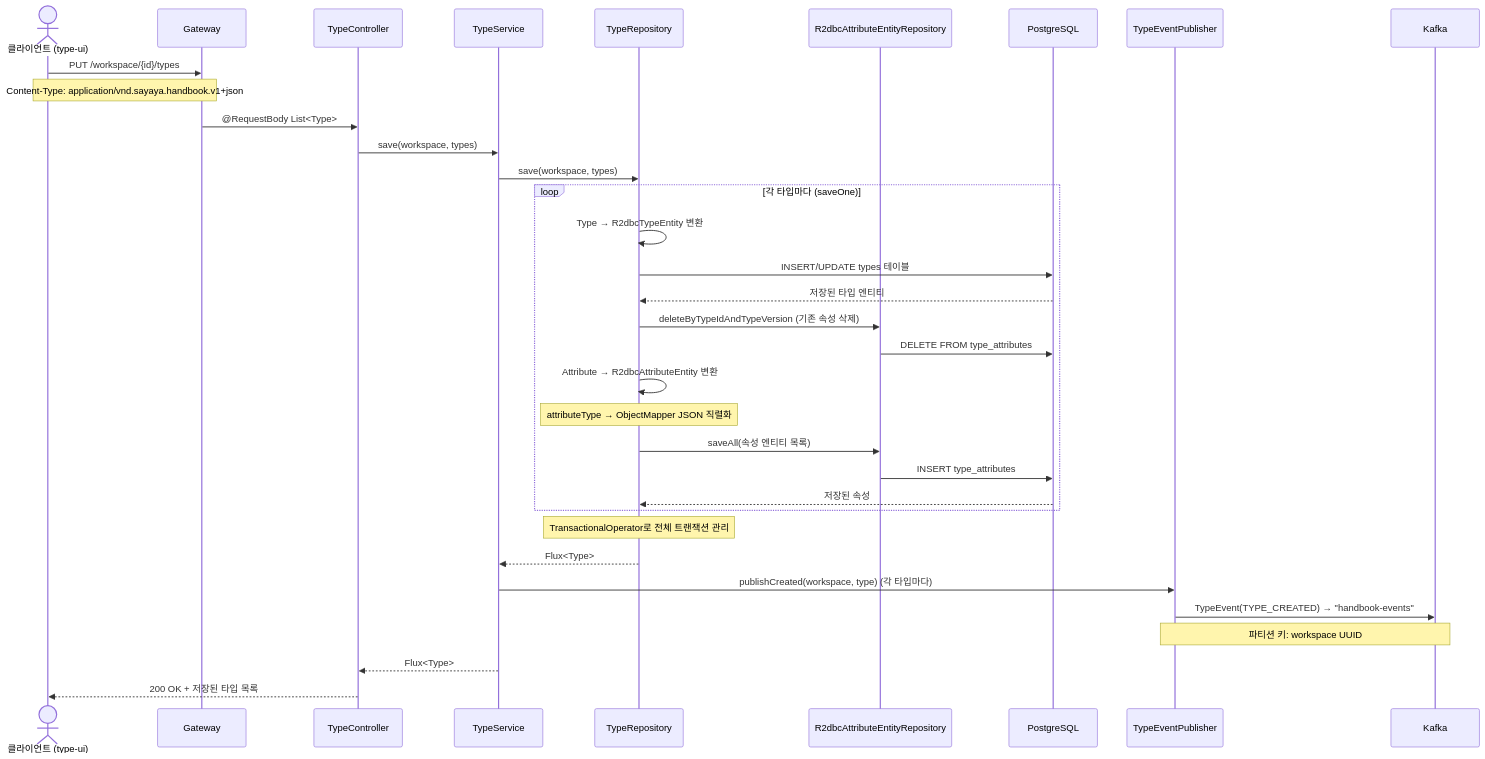
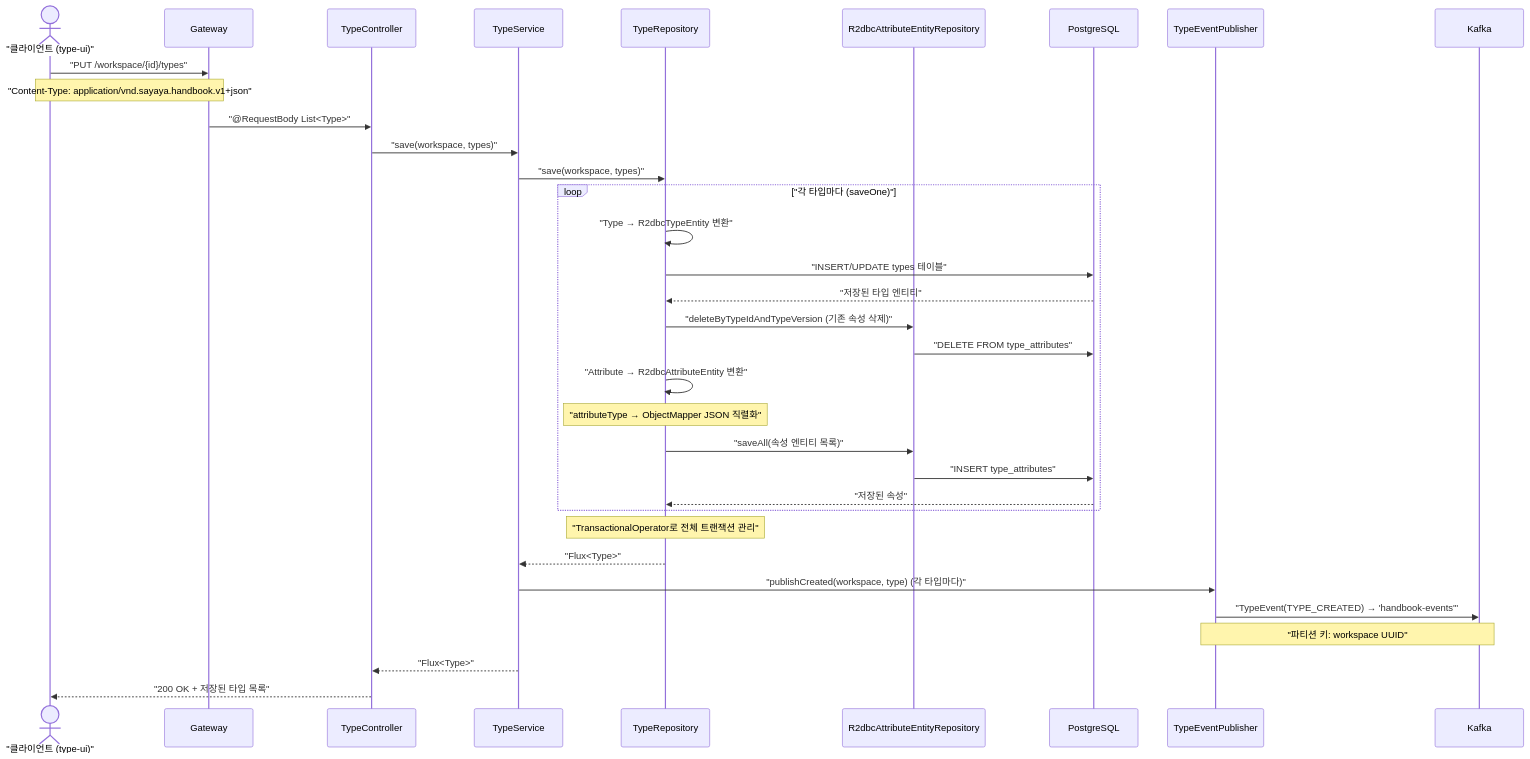
Before and after one commit to sayaya1090/handbook: the first of 4 diagrams in persist-type/USECASE.md, drawn with Mermaid. The commit also changed other lines of this file and 22 other files, not shown here.

First line of the commit message:
docs: Mermaid 다이어그램 렌더링 오류 수정을 위한 구문 전수 교정

````diff
--- a/persist-type/USECASE.md
+++ b/persist-type/USECASE.md
@@ -5,37 +5,37 @@
 ```mermaid
 sequenceDiagram
-    actor Client as 클라이언트 (type-ui)
+    actor Client as "클라이언트 (type-ui)"
     participant GW as Gateway
     participant Ctrl as TypeController
     participant Svc as TypeService
     participant Repo as TypeRepository
     participant AttrRepo as R2dbcAttributeEntityRepository
     participant DB as PostgreSQL
     participant Pub as TypeEventPublisher
     participant Kafka as Kafka
 
-    Client->>GW: PUT /workspace/{id}/types
-    Note over Client,GW: Content-Type: application/vnd.sayaya.handbook.v1+json
-    GW->>Ctrl: @RequestBody List<Type>
-    Ctrl->>Svc: save(workspace, types)
-    Svc->>Repo: save(workspace, types)
-    loop 각 타입마다 (saveOne)
-        Repo->>Repo: Type → R2dbcTypeEntity 변환
-        Repo->>DB: INSERT/UPDATE types 테이블
-        DB-->>Repo: 저장된 타입 엔티티
-        Repo->>AttrRepo: deleteByTypeIdAndTypeVersion (기존 속성 삭제)
-        AttrRepo->>DB: DELETE FROM type_attributes
-        Repo->>Repo: Attribute → R2dbcAttributeEntity 변환
-        Note over Repo: attributeType → ObjectMapper JSON 직렬화
-        Repo->>AttrRepo: saveAll(속성 엔티티 목록)
-        AttrRepo->>DB: INSERT type_attributes
-        DB-->>Repo: 저장된 속성
+    Client->>GW: "PUT /workspace/{id}/types"
+    Note over Client,GW: "Content-Type: application/vnd.sayaya.handbook.v1+json"
+    GW->>Ctrl: "@RequestBody List<Type>"
+    Ctrl->>Svc: "save(workspace, types)"
+    Svc->>Repo: "save(workspace, types)"
+    loop "각 타입마다 (saveOne)"
+        Repo->>Repo: "Type → R2dbcTypeEntity 변환"
+        Repo->>DB: "INSERT/UPDATE types 테이블"
+        DB-->>Repo: "저장된 타입 엔티티"
+        Repo->>AttrRepo: "deleteByTypeIdAndTypeVersion (기존 속성 삭제)"
+        AttrRepo->>DB: "DELETE FROM type_attributes"
+        Repo->>Repo: "Attribute → R2dbcAttributeEntity 변환"
+        Note over Repo: "attributeType → ObjectMapper JSON 직렬화"
+        Repo->>AttrRepo: "saveAll(속성 엔티티 목록)"
+        AttrRepo->>DB: "INSERT type_attributes"
+        DB-->>Repo: "저장된 속성"
     end
-    Note over Repo: TransactionalOperator로 전체 트랜잭션 관리
-    Repo-->>Svc: Flux<Type>
-    Svc->>Pub: publishCreated(workspace, type) (각 타입마다)
-    Pub->>Kafka: TypeEvent(TYPE_CREATED) → "handbook-events"
-    Note over Pub,Kafka: 파티션 키: workspace UUID
-    Svc-->>Ctrl: Flux<Type>
-    Ctrl-->>Client: 200 OK + 저장된 타입 목록
+    Note over Repo: "TransactionalOperator로 전체 트랜잭션 관리"
+    Repo-->>Svc: "Flux<Type>"
+    Svc->>Pub: "publishCreated(workspace, type) (각 타입마다)"
+    Pub->>Kafka: "TypeEvent(TYPE_CREATED) → 'handbook-events'"
+    Note over Pub,Kafka: "파티션 키: workspace UUID"
+    Svc-->>Ctrl: "Flux<Type>"
+    Ctrl-->>Client: "200 OK + 저장된 타입 목록"
 ```
````
